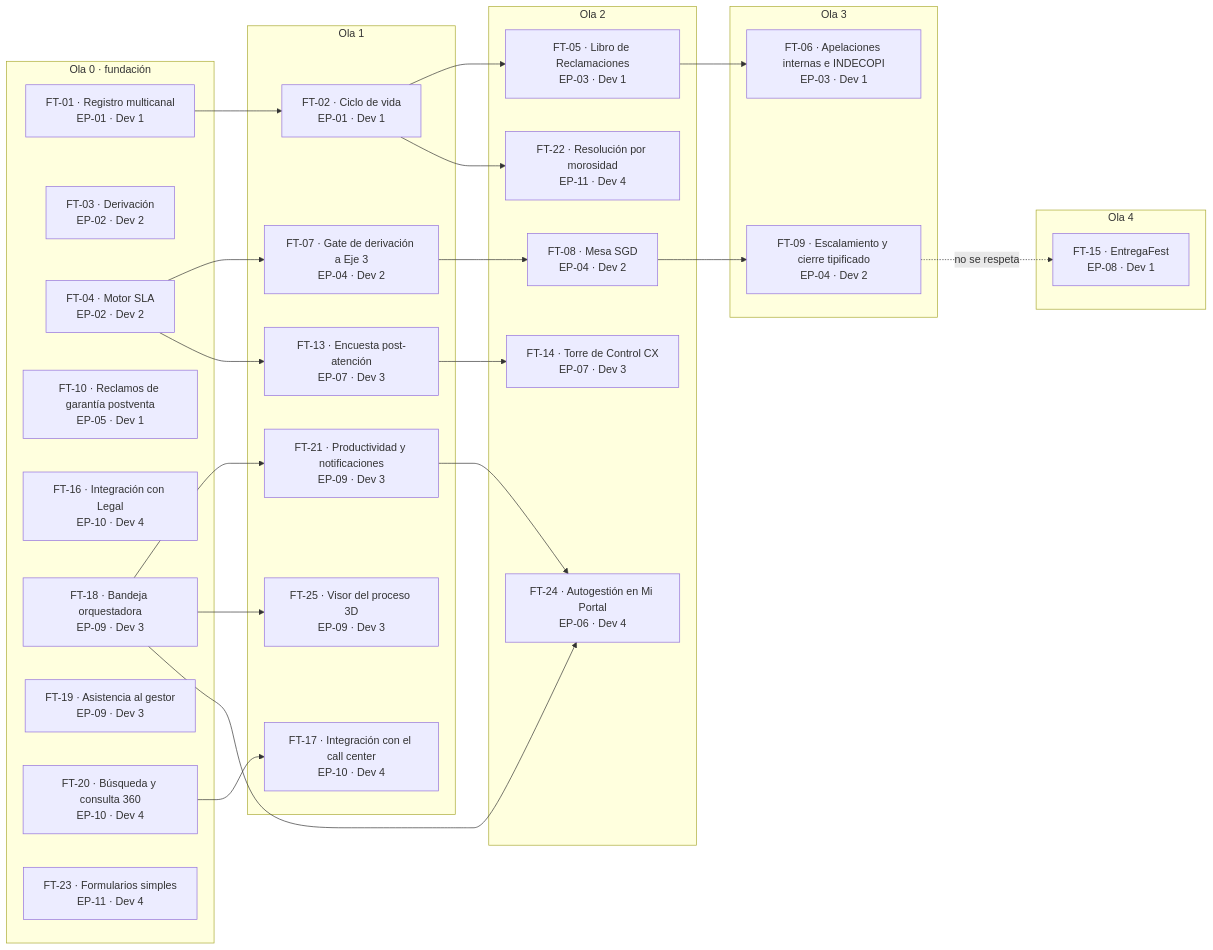
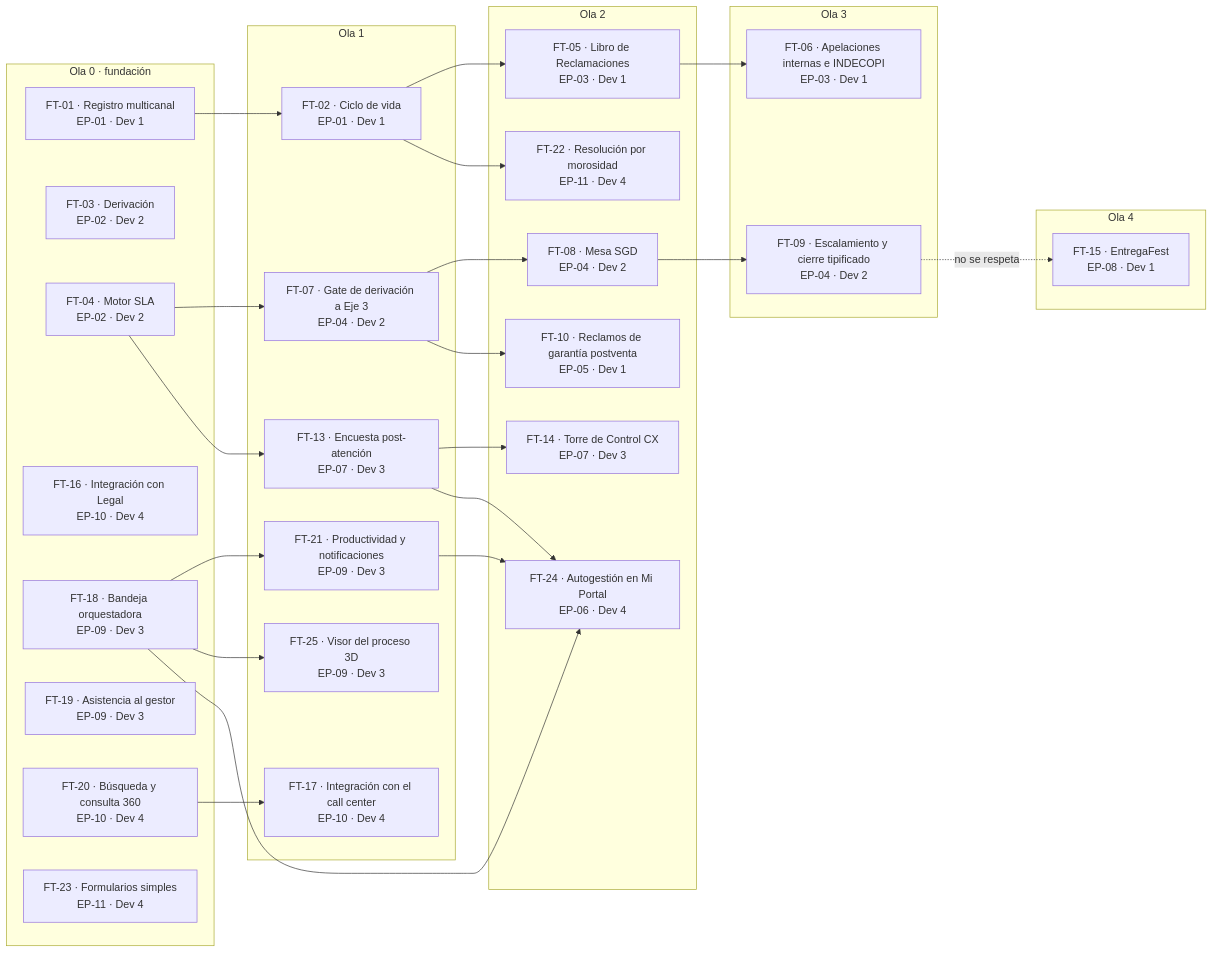
Before and after one commit to michel-poma-huachihuaco/tyc-mockup: the diagram in propuesta-po/documentacion/paquete-definir-etapa1-v1.3/roadmap/olas-features.mmd, drawn with Mermaid. The commit also changed 54 other files, not shown here.

```diff
--- a/propuesta-po/documentacion/paquete-definir-etapa1-v1.3/roadmap/olas-features.mmd
+++ b/propuesta-po/documentacion/paquete-definir-etapa1-v1.3/roadmap/olas-features.mmd
@@ -1,49 +1,54 @@
 flowchart LR
   subgraph O0["Ola 0 · fundación"]
     FTATC01["FT-01 · Registro multicanal<br/>EP-01 · Dev 1"]
     FTATC03["FT-03 · Derivación<br/>EP-02 · Dev 2"]
     FTATC04["FT-04 · Motor SLA<br/>EP-02 · Dev 2"]
-    FTATC10["FT-10 · Reclamos de garantía postventa<br/>EP-05 · Dev 1"]
     FTATC16["FT-16 · Integración con Legal<br/>EP-10 · Dev 4"]
     FTATC18["FT-18 · Bandeja orquestadora<br/>EP-09 · Dev 3"]
     FTATC19["FT-19 · Asistencia al gestor<br/>EP-09 · Dev 3"]
     FTATC20["FT-20 · Búsqueda y consulta 360<br/>EP-10 · Dev 4"]
     FTATC23["FT-23 · Formularios simples<br/>EP-11 · Dev 4"]
   end
   subgraph O1["Ola 1"]
     FTATC02["FT-02 · Ciclo de vida<br/>EP-01 · Dev 1"]
     FTATC07["FT-07 · Gate de derivación a Eje 3<br/>EP-04 · Dev 2"]
     FTATC13["FT-13 · Encuesta post-atención<br/>EP-07 · Dev 3"]
     FTATC17["FT-17 · Integración con el call center<br/>EP-10 · Dev 4"]
     FTATC21["FT-21 · Productividad y notificaciones<br/>EP-09 · Dev 3"]
     FTATC25["FT-25 · Visor del proceso 3D<br/>EP-09 · Dev 3"]
   end
   subgraph O2["Ola 2"]
     FTATC05["FT-05 · Libro de Reclamaciones<br/>EP-03 · Dev 1"]
     FTATC08["FT-08 · Mesa SGD<br/>EP-04 · Dev 2"]
+    FTATC10["FT-10 · Reclamos de garantía postventa<br/>EP-05 · Dev 1"]
     FTATC14["FT-14 · Torre de Control CX<br/>EP-07 · Dev 3"]
     FTATC22["FT-22 · Resolución por morosidad<br/>EP-11 · Dev 4"]
     FTATC24["FT-24 · Autogestión en Mi Portal<br/>EP-06 · Dev 4"]
   end
   subgraph O3["Ola 3"]
     FTATC06["FT-06 · Apelaciones internas e INDECOPI<br/>EP-03 · Dev 1"]
     FTATC09["FT-09 · Escalamiento y cierre tipificado<br/>EP-04 · Dev 2"]
   end
   subgraph O4["Ola 4"]
     FTATC15["FT-15 · EntregaFest<br/>EP-08 · Dev 1"]
   end
   FTATC01 --> FTATC02
   FTATC02 --> FTATC05
   FTATC05 --> FTATC06
   FTATC04 --> FTATC07
   FTATC07 --> FTATC08
+  FTATC07 --> FTATC10
   FTATC08 --> FTATC09
   FTATC04 --> FTATC13
   FTATC13 --> FTATC14
+  FTATC13 --> FTATC24
   FTATC09 -. no se respeta .-> FTATC15
   FTATC20 --> FTATC17
   FTATC18 --> FTATC21
   FTATC02 --> FTATC22
   FTATC18 --> FTATC25
   FTATC21 --> FTATC24
   FTATC18 --> FTATC24
+%% Olas de features de Aybar Atiende (plan v1.3, Etapa 1): 17 dependencias entre features en 5 olas; es el diagrama de analisis-dependencias.md §4.1 y coincide con aybar paquete plan (§4.3).
+%% Antes: 15 vinculos entre features en 5 olas (el de analisis-dependencias.md v0.2 a v0.4), sin historial propio.
+%% 0.2 · 2026-10-26 · Brayan Hurtado, con IA (Claude) · 17 vinculos: FT-07 → FT-10 (HU-026 → HU-036, PLT-04) y FT-13 → FT-24 (HU-019 → HU-066, PLT-04); FT-10 pasa de la ola 0 a la 2. — Revisado por: (pendiente)
```
